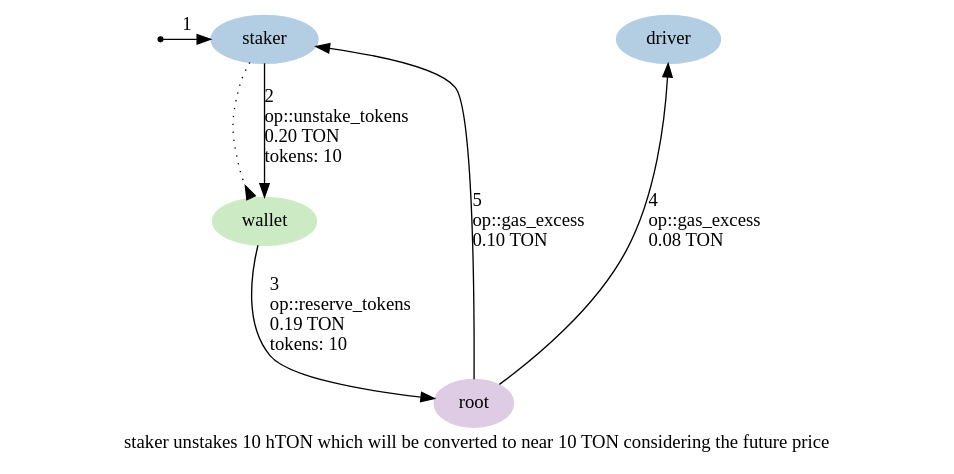
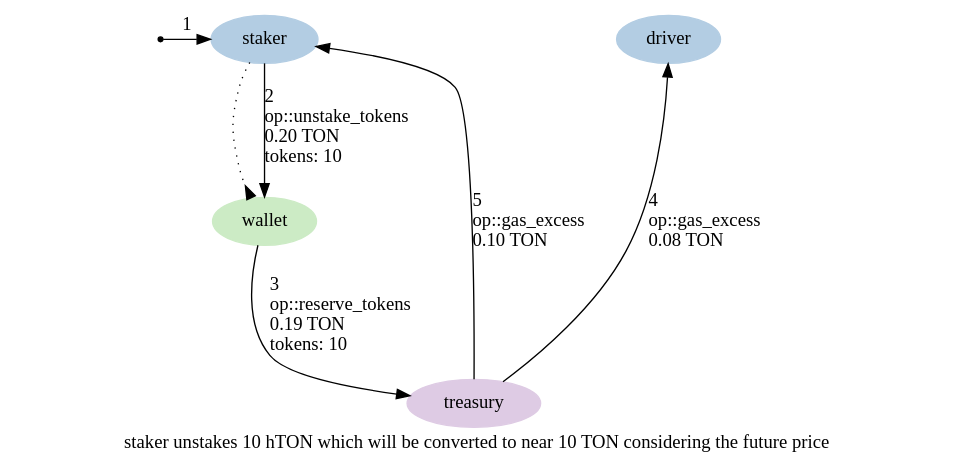
One commit to HipoFinance/contract changed the diagram in graphs/04-unstake-tokens.dot. Above: the diagram before and after it, drawn with Graphviz. The commit also changed 23 other files, not shown here.

Commit message:
Rename root to treasury

```diff
--- a/graphs/04-unstake-tokens.dot
+++ b/graphs/04-unstake-tokens.dot
@@ -1,22 +1,22 @@
 digraph {
     label="staker unstakes 10 hTON which will be converted to near 10 TON considering the future price"
     node [ colorscheme=pastel19 style=filled ]
 
     /* Entities */
     external [ shape=point ]
     staker, driver [ color=2 ]
-    root [ color=4 ]
+    treasury [ color=4 ]
     wallet [ color=3 ]
 
     /* Relationships */
     staker -> wallet [ arrowhead=inv style=dotted ]
     external -> staker [ label="1" ]
     staker -> wallet [ label="2\l op::unstake_tokens\l 0.20 TON\l tokens: 10\l" ]
-    wallet -> root [ label="3\l op::reserve_tokens\l 0.19 TON\l tokens: 10\l" ]
-    root -> driver [ label="4\l op::gas_excess\l 0.08 TON\l" ]
-    root -> staker [ label="5\l op::gas_excess\l 0.10 TON\l" ]
+    wallet -> treasury [ label="3\l op::reserve_tokens\l 0.19 TON\l tokens: 10\l" ]
+    treasury -> driver [ label="4\l op::gas_excess\l 0.08 TON\l" ]
+    treasury -> staker [ label="5\l op::gas_excess\l 0.10 TON\l" ]
 
     /* Ranks */
     { rank=min external staker driver }
-    { rank=max root }
+    { rank=max treasury }
 }
```
